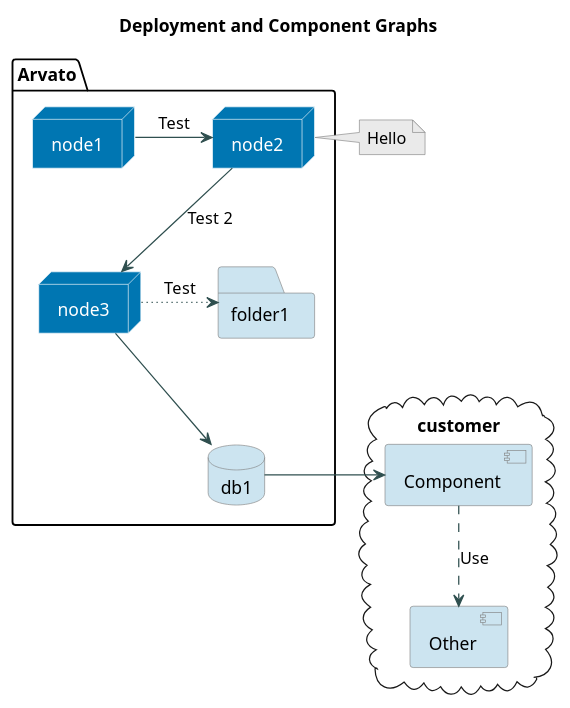
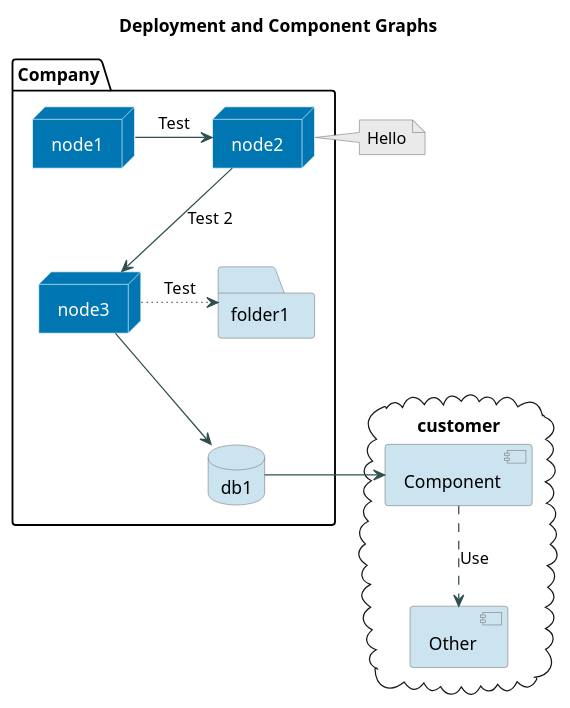
The diagram in samples/plantuml/sample-plantuml-07.puml (gengor-git/documentation-as-code), drawn with PlantUML before and after one commit.

Commit message:
Removed RL reference.

```diff
--- a/samples/plantuml/sample-plantuml-07.puml
+++ b/samples/plantuml/sample-plantuml-07.puml
@@ -1,35 +1,35 @@
 @startuml demo-graph7
 
 title Deployment and Component Graphs
 
 skinparam NodeBackgroundColor #0076b2
 skinparam NodeBorderColor White
 skinparam NodeFontColor White
 skinparam FolderBackgroundColor #CCE4F0
 skinparam FolderBorderColor Grey
 skinparam DatabaseBackgroundColor #CCE4F0
 skinparam DatabaseBorderColor Grey
 skinparam ComponentBackgroundColor #CCE4F0
 skinparam ComponentBorderColor Grey
 skinparam NoteBackgroundColor #EAEAEA
 skinparam NoteBorderColor Grey
 skinparam ArrowColor DarkSlateGrey
 
-package Arvato {
+package Company {
 node node1
 node node2
 node node3
 folder folder1
 database db1
 }
 cloud "customer" {
     [Component] ..> [Other] : Use
 }
 node1 -> node2: Test
 node2 --> node3: Test 2
 note right of node2: Hello
 node3 -[dotted]> folder1: Test
 node3 --> db1
 db1 -> Component
 
 @enduml
```
